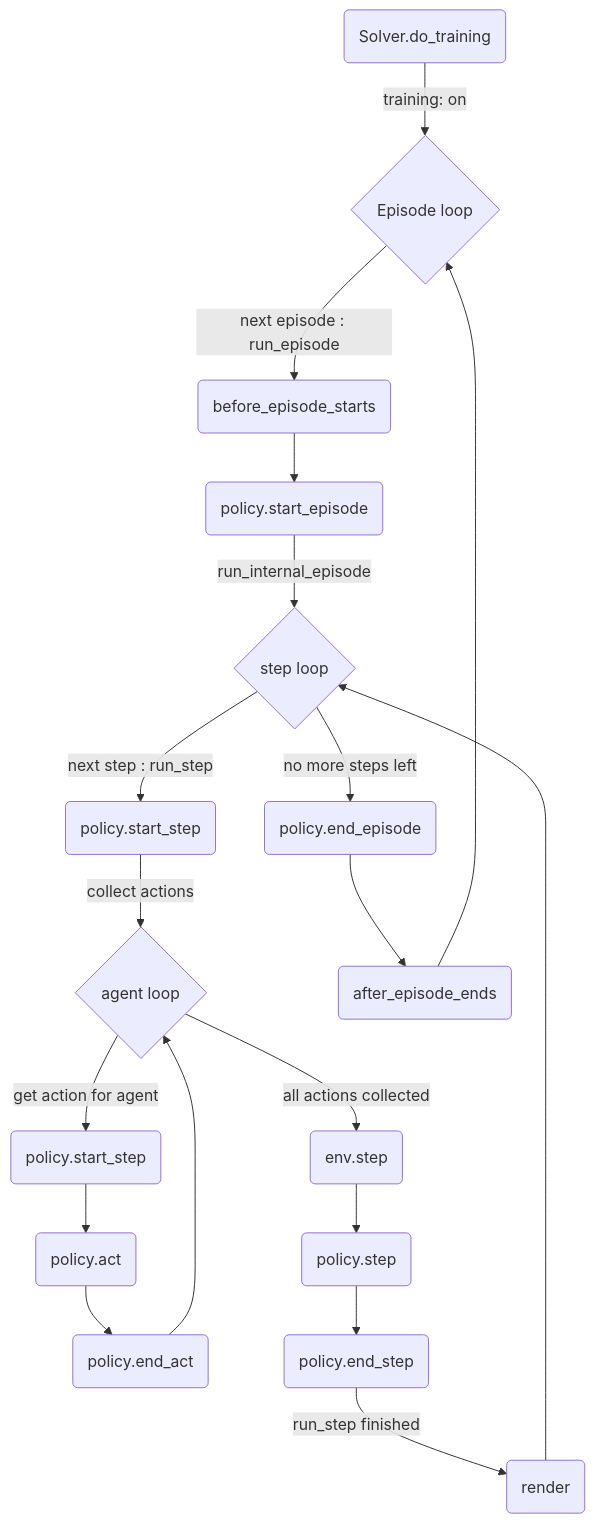
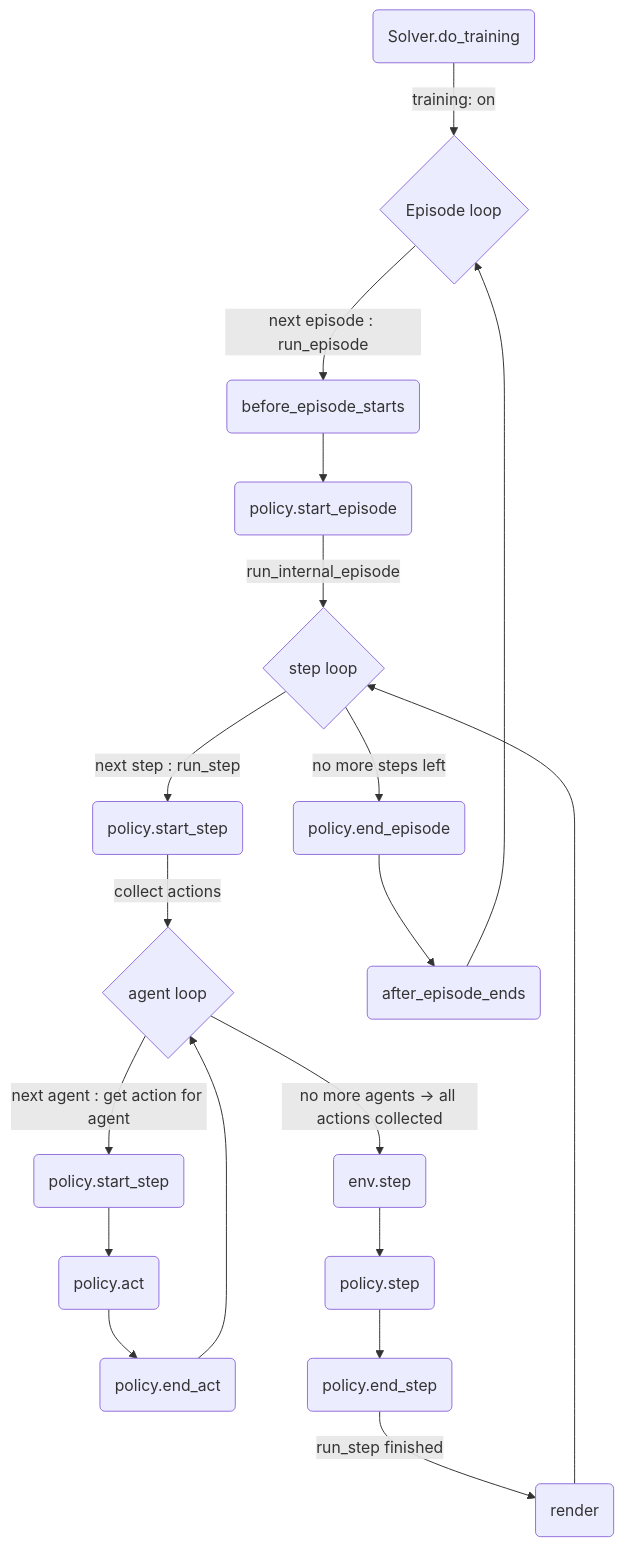
One commit to aiAdrian/flatland_solver_policy changed the second of 2 diagrams in README.md. Above: the diagram before and after it, drawn with Mermaid.

````diff
--- a/README.md
+++ b/README.md
@@ -32,22 +32,22 @@
 ```mermaid
 flowchart TD
     B(Solver.do_training)
     B --> |training: on| C{Episode loop}
     C --> |next episode : run_episode| D1(before_episode_starts)
     D1 --> D2(policy.start_episode)
     D2 --> |run_internal_episode| E{step loop}
     F1 --> |collect actions| G{agent loop}
     E --> |next step : run_step| F1(policy.start_step)
-    G -->  |get action for agent| G1(policy.start_step)
+    G -->  |next agent : get action for agent| G1(policy.start_step)
     G1 --> G2(policy.act)
     G2 --> G3(policy.end_act)
     G3 --> G
-    G --> |all actions collected|F2(env.step)
+    G --> |no more agents -> all actions collected|F2(env.step)
     F2 --> F3(policy.step)
     F3 --> F4(policy.end_step)
     F5 --> E
     D5 --> C
     E --> |no more steps left| D4(policy.end_episode)
     D4 --> D5(after_episode_ends) 
     F4 --> |run_step finished| F5(render) 
 ```
````
